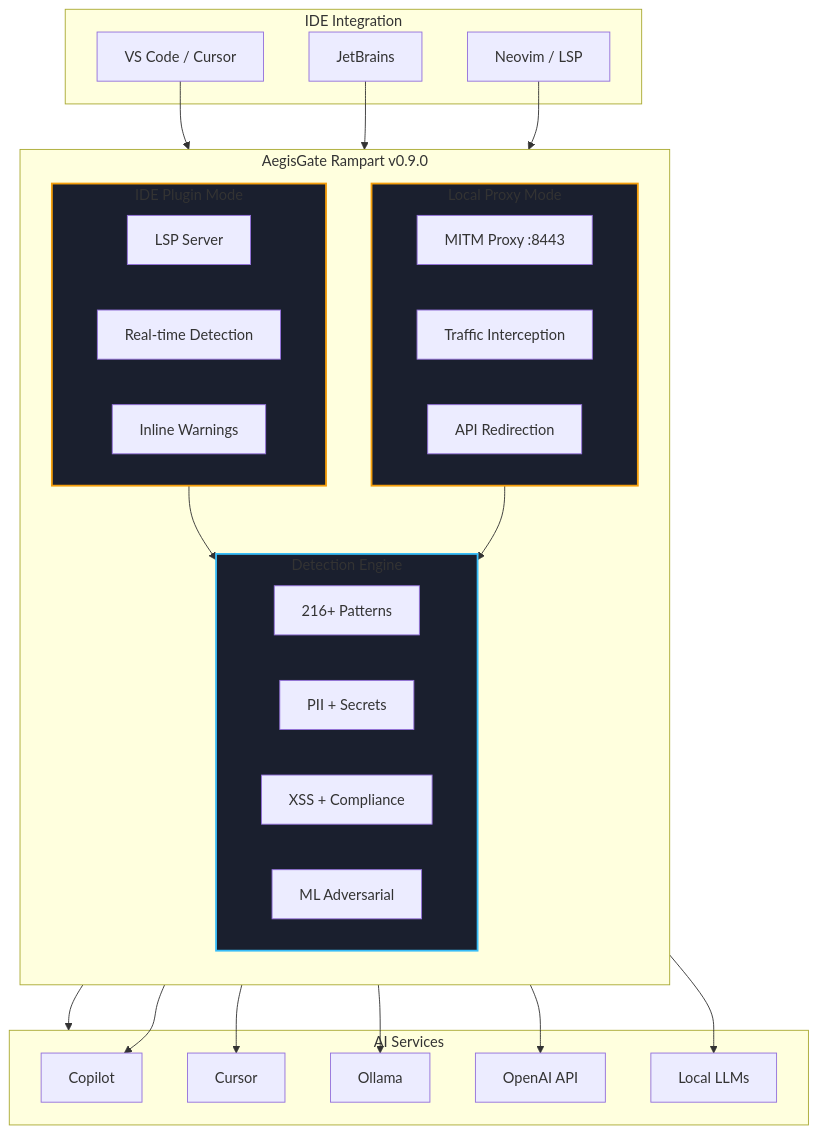
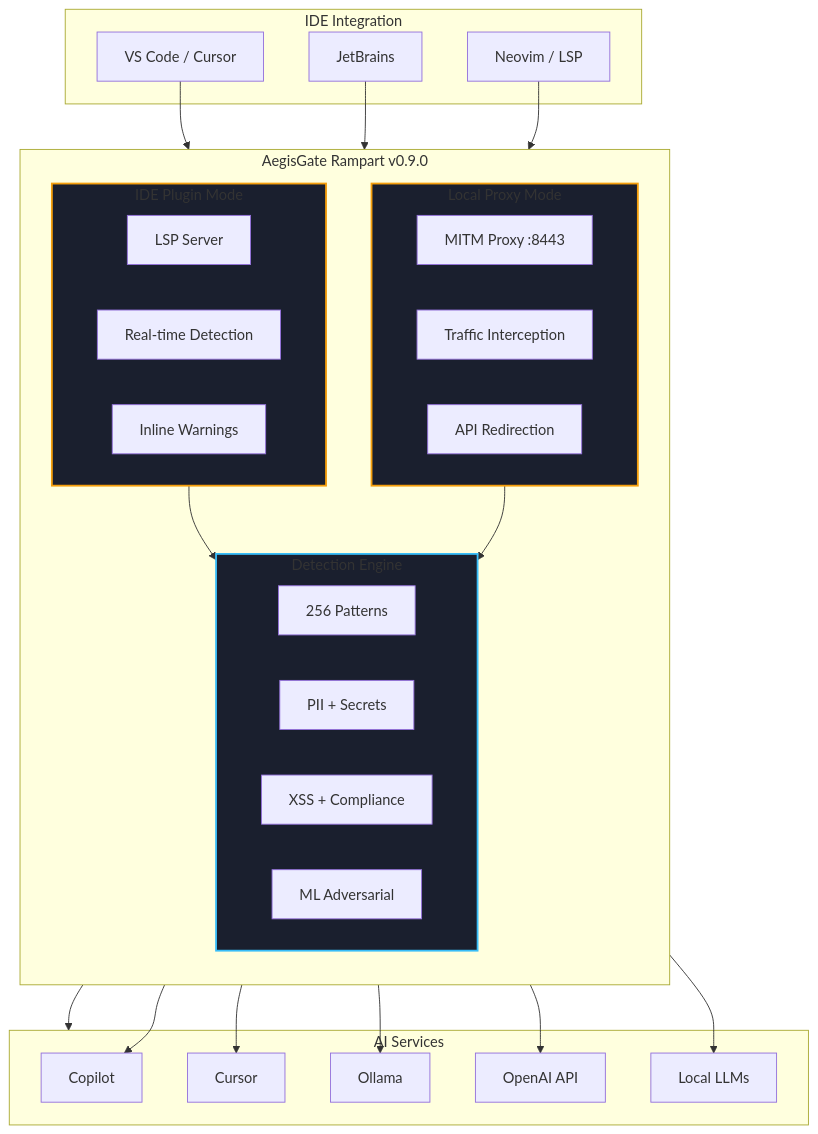
Before and after one commit to aegisgatesecurity/aegisgate-site: the first of 3 diagrams in content/rampart/_index.md, drawn with Mermaid. The commit also changed 16 other files, not shown here.

```diff
--- a/content/rampart/_index.md
+++ b/content/rampart/_index.md
@@ -77,57 +77,57 @@
 {{< mermaid >}}
 flowchart TD
     subgraph IDE["IDE Integration"]
         VS[VS Code / Cursor]
         JB[JetBrains]
         NV[Neovim / LSP]
     end
 
     subgraph Rampart["AegisGate Rampart v0.9.0"]
         direction TB
         
         subgraph PluginMode["IDE Plugin Mode"]
             PM1[LSP Server]
             PM2[Real-time Detection]
             PM3[Inline Warnings]
         end
         
         subgraph ProxyMode["Local Proxy Mode"]
             PX1[MITM Proxy :8443]
             PX2[Traffic Interception]
             PX3[API Redirection]
         end
         
         subgraph Engine["Detection Engine"]
-            E1[216+ Patterns]
+            E1[256 Patterns]
             E2[PII + Secrets]
             E3[XSS + Compliance]
             E4[ML Adversarial]
         end
     end
 
     subgraph AI["AI Services"]
         A[Copilot]
         B[Cursor]
         C[Ollama]
         D[OpenAI API]
         E[Local LLMs]
     end
 
     VS --> PluginMode
     JB --> PluginMode
     NV --> PluginMode
     
     PluginMode --> Engine
     ProxyMode --> Engine
     
     PluginMode --> AI
     ProxyMode --> A
     ProxyMode --> B
     ProxyMode --> C
     ProxyMode --> D
     ProxyMode --> E
 
     style PluginMode fill:#1a1f2e,stroke:#f59e0b,stroke-width:2px
     style ProxyMode fill:#1a1f2e,stroke:#f59e0b,stroke-width:2px
     style Engine fill:#1a1f2e,stroke:#38bdf8,stroke-width:2px
 {{< /mermaid >}}
```
